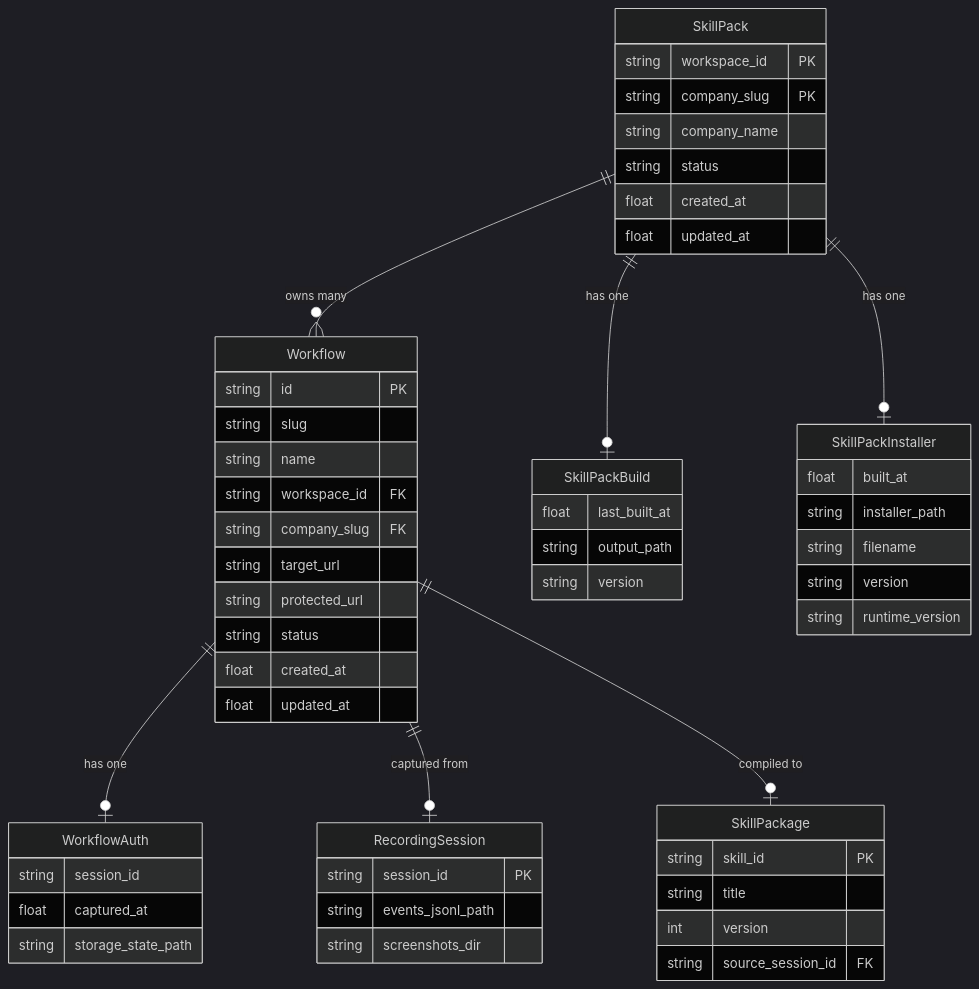
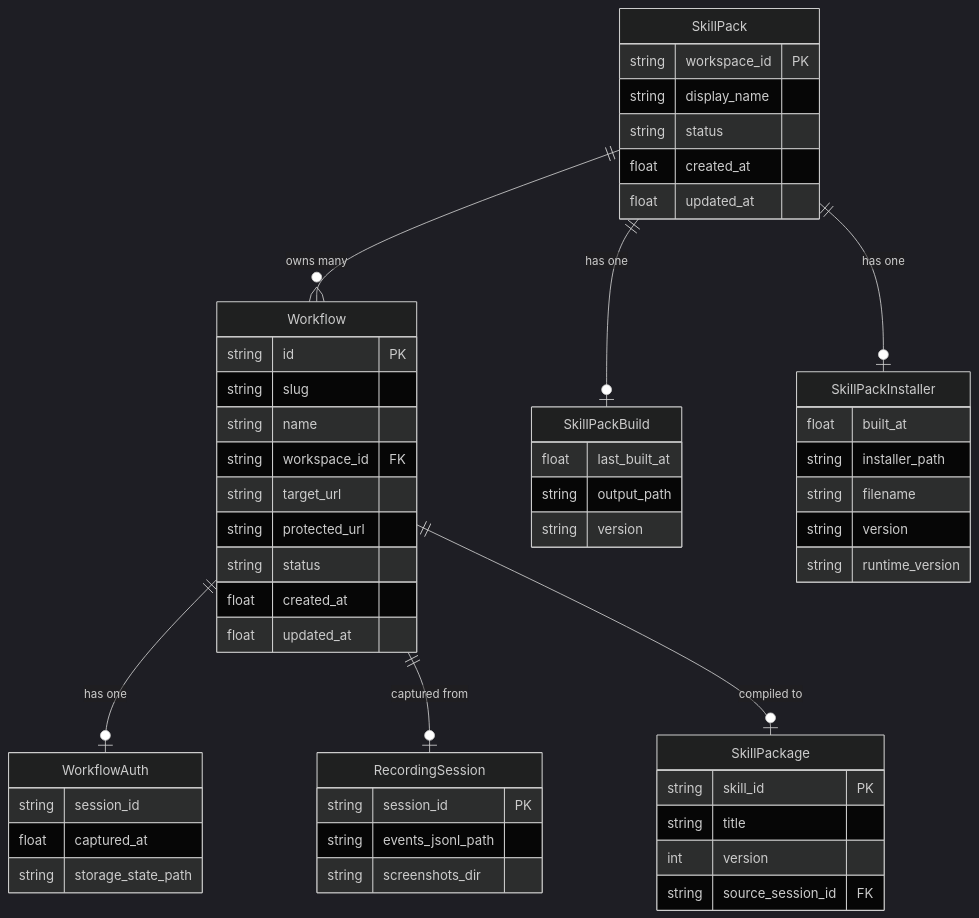
One commit to Cannonbold2412/CONXA changed the first of 3 diagrams in docs/Backend-Schema.md. Above: the diagram before and after it, drawn with Mermaid (dark theme). The commit also changed other lines of this file and 6 other files, not shown here.

First line of the commit message:
docs: reflect the company_slug removal and Studio toolbar changes

````diff
--- a/docs/Backend-Schema.md
+++ b/docs/Backend-Schema.md
@@ -1418,58 +1425,56 @@
 ```mermaid
 erDiagram
     SkillPack {
         string workspace_id PK
-        string company_slug PK
-        string company_name
+        string display_name
         string status
         float created_at
         float updated_at
     }
     Workflow {
         string id PK
         string slug
         string name
         string workspace_id FK
-        string company_slug FK
         string target_url
         string protected_url
         string status
         float created_at
         float updated_at
     }
     WorkflowAuth {
         string session_id
         float captured_at
         string storage_state_path
     }
     SkillPackBuild {
         float last_built_at
         string output_path
         string version
     }
     SkillPackInstaller {
         float built_at
         string installer_path
         string filename
         string version
         string runtime_version
     }
     RecordingSession {
         string session_id PK
         string events_jsonl_path
         string screenshots_dir
     }
     SkillPackage {
         string skill_id PK
         string title
         int version
         string source_session_id FK
     }
 
     SkillPack ||--o| SkillPackBuild : "has one"
     SkillPack ||--o| SkillPackInstaller : "has one"
     SkillPack ||--o{ Workflow : "owns many"
     Workflow ||--o| WorkflowAuth : "has one"
     Workflow ||--o| RecordingSession : "captured from"
     Workflow ||--o| SkillPackage : "compiled to"
 ```
````
